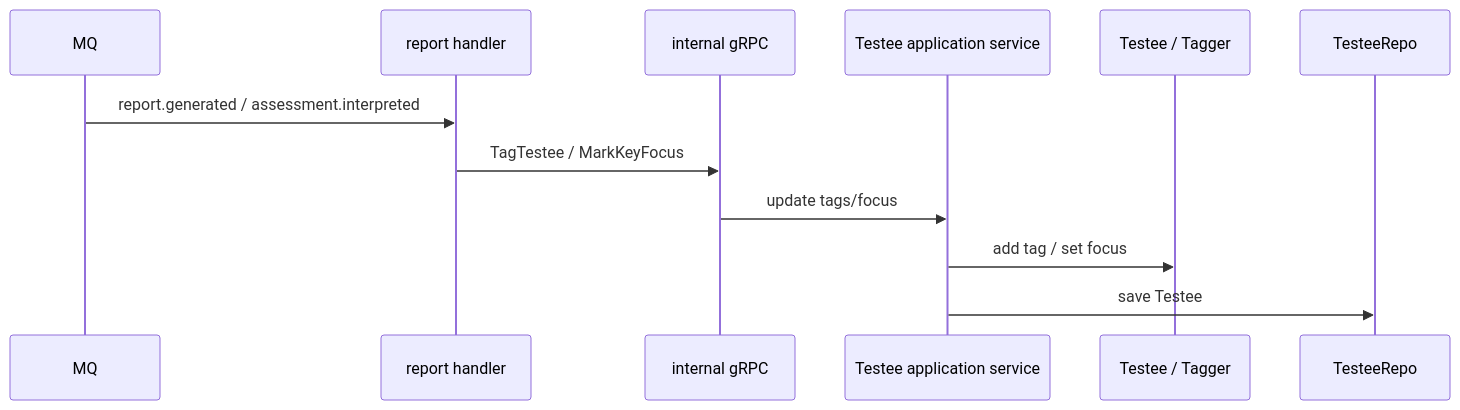
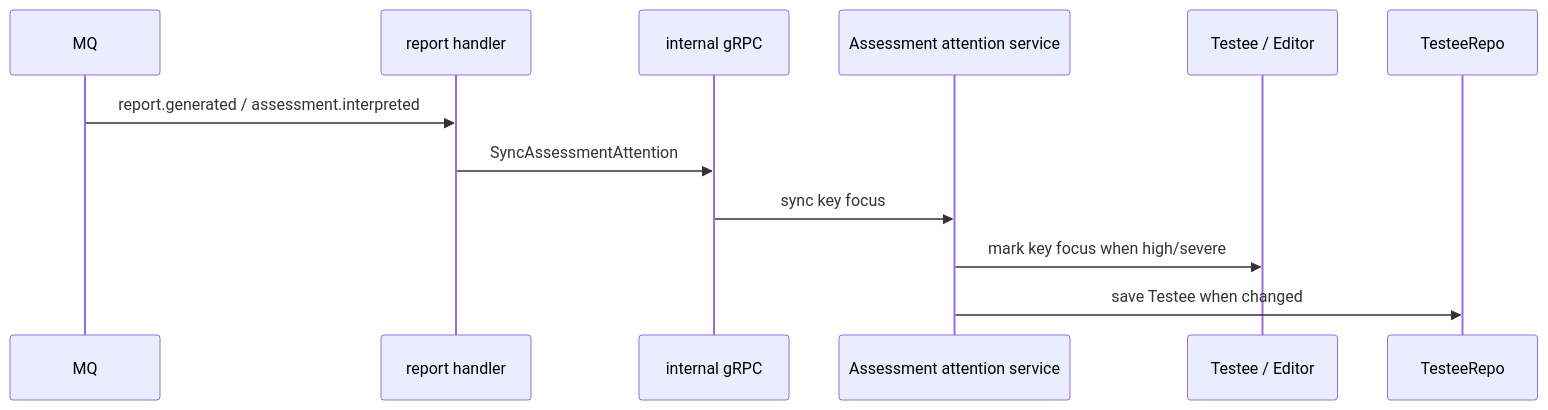
Before and after one commit to FangcunMount/qs-server: the second of 2 diagrams in docs/02-业务模块/actor/01-Testee与标签.md, drawn with Mermaid. The commit also changed other lines of this file and 54 other files, not shown here.

````diff
--- a/docs/02-业务模块/actor/01-Testee与标签.md
+++ b/docs/02-业务模块/actor/01-Testee与标签.md
@@ -162,15 +162,15 @@
 ```mermaid
 sequenceDiagram
     participant MQ as MQ
     participant Worker as report handler
     participant GRPC as internal gRPC
-    participant App as Testee application service
-    participant Domain as Testee / Tagger
+    participant App as Assessment attention service
+    participant Domain as Testee / Editor
     participant Repo as TesteeRepo
 
     MQ->>Worker: report.generated / assessment.interpreted
-    Worker->>GRPC: TagTestee / MarkKeyFocus
-    GRPC->>App: update tags/focus
-    App->>Domain: add tag / set focus
-    App->>Repo: save Testee
+    Worker->>GRPC: SyncAssessmentAttention
+    GRPC->>App: sync key focus
+    App->>Domain: mark key focus when high/severe
+    App->>Repo: save Testee when changed
 ```
````
